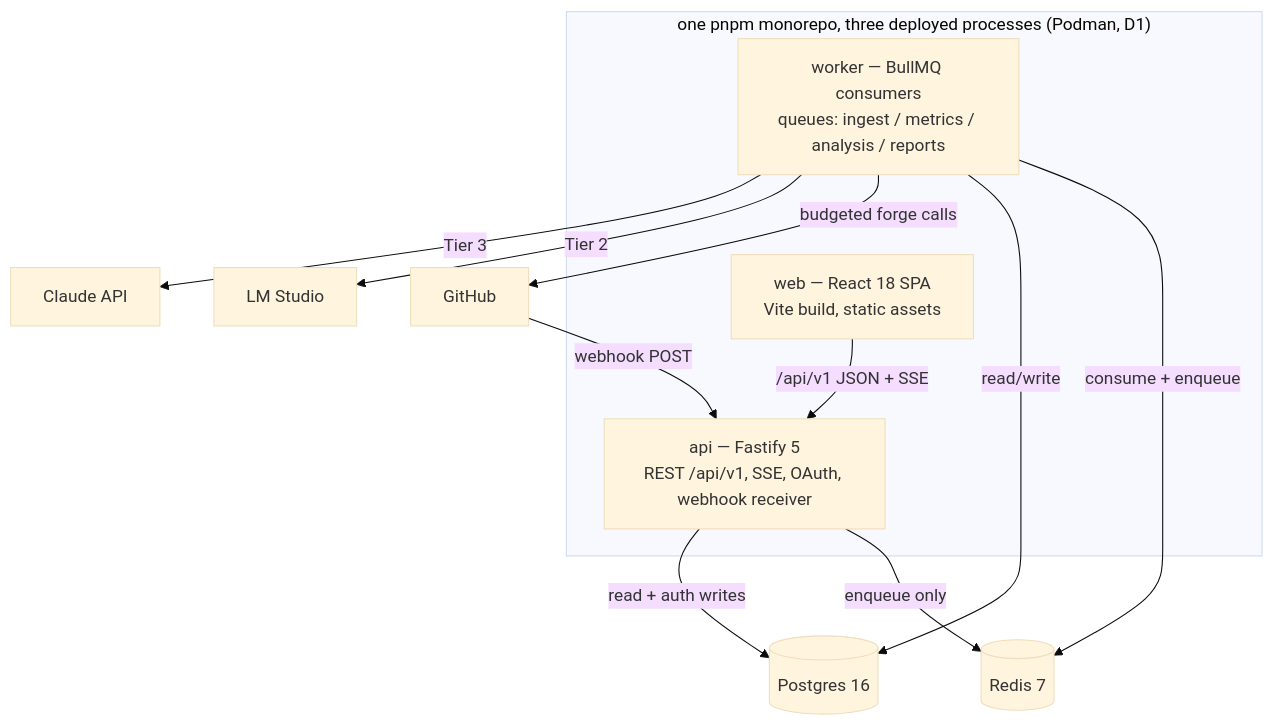
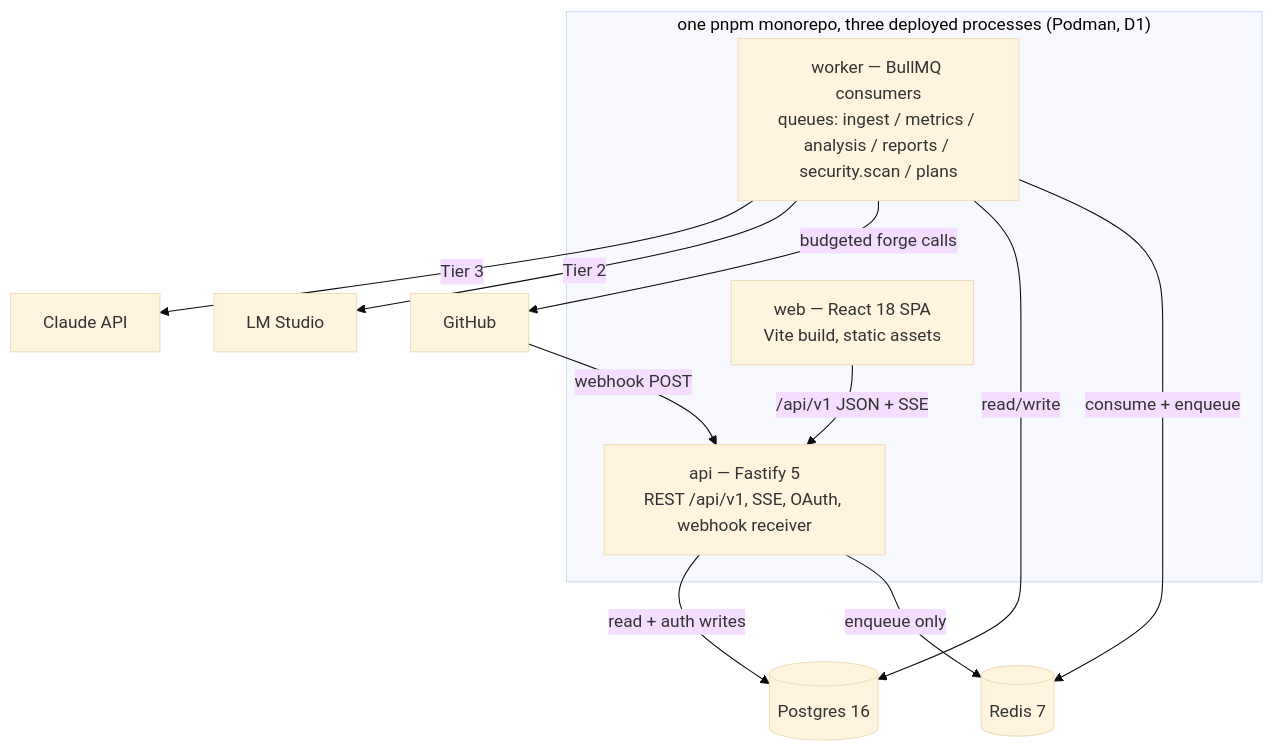
Before and after one commit to bpmforge/repopulse: the second of 12 diagrams in docs/ARCHITECTURE.md, drawn with Mermaid (base theme). The commit also changed other lines of this file and 6 other files, not shown here.

First line of the commit message:
docs(arch): part-1 completion — diagrams for D9/D10/D11, traceability validator, wave-gate loop

````diff
--- a/docs/ARCHITECTURE.md
+++ b/docs/ARCHITECTURE.md
@@ -27,17 +27,17 @@
 ```mermaid
 graph TB
     subgraph monorepo["one pnpm monorepo, three deployed processes (Podman, D1)"]
       WEB[web — React 18 SPA<br/>Vite build, static assets]
       API[api — Fastify 5<br/>REST /api/v1, SSE, OAuth, webhook receiver]
-      WRK[worker — BullMQ consumers<br/>queues: ingest / metrics / analysis / reports]
+      WRK[worker — BullMQ consumers<br/>queues: ingest / metrics / analysis / reports / security.scan / plans]
     end
     WEB -->|/api/v1 JSON + SSE| API
     API -->|enqueue only| RD[(Redis 7)]
     WRK -->|consume + enqueue| RD
     API -->|read + auth writes| PG[(Postgres 16)]
     WRK -->|read/write| PG
     WRK -->|budgeted forge calls| GH[GitHub]
     WRK -->|Tier 2| LM[LM Studio]
     WRK -->|Tier 3| CL[Claude API]
     GH -->|webhook POST| API
 ```
````
